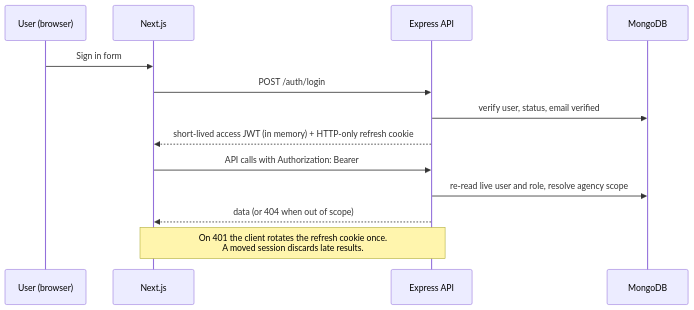
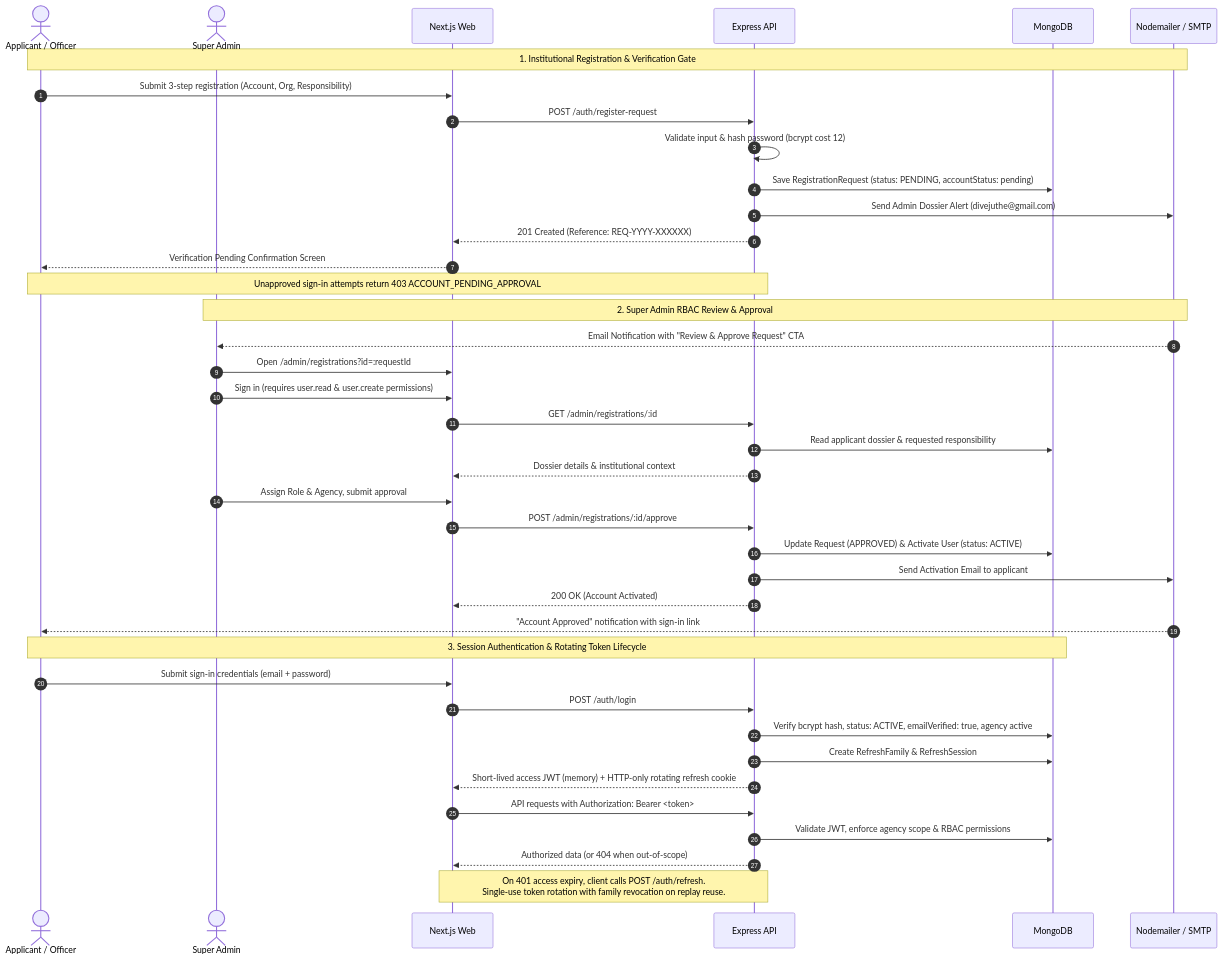
The third of 8 diagrams in README.md (divejikan-yuvarajah/InfraOS), drawn with Mermaid before and after one commit.

Commit message:
docs(readme): update section 4.3 authentication flow diagram with admin approval and rotating session lifecycle

````diff
--- a/README.md
+++ b/README.md
@@ -153,16 +153,45 @@
 ```mermaid
 sequenceDiagram
-    participant U as User (browser)
-    participant W as Next.js
+    autonumber
+    actor U as Applicant / Officer
+    actor SA as Super Admin
+    participant W as Next.js Web
     participant A as Express API
-    participant D as MongoDB
+    participant M as MongoDB
+    participant E as Nodemailer / SMTP
 
-    U->>W: Sign in form
+    Note over U,E: 1. Institutional Registration & Verification Gate
+    U->>W: Submit 3-step registration (Account, Org, Responsibility)
+    W->>A: POST /auth/register-request
+    A->>A: Validate input & hash password (bcrypt cost 12)
+    A->>M: Save RegistrationRequest (status: PENDING, accountStatus: pending)
+    A->>E: Send Admin Dossier Alert (divejuthe@gmail.com)
+    A-->>W: 201 Created (Reference: REQ-YYYY-XXXXXX)
+    W-->>U: Verification Pending Confirmation Screen
+    Note over U,A: Unapproved sign-in attempts return 403 ACCOUNT_PENDING_APPROVAL
+
+    Note over SA,E: 2. Super Admin RBAC Review & Approval
+    E-->>SA: Email Notification with "Review & Approve Request" CTA
+    SA->>W: Open /admin/registrations?id=:requestId
+    SA->>W: Sign in (requires user.read & user.create permissions)
+    W->>A: GET /admin/registrations/:id
+    A->>M: Read applicant dossier & requested responsibility
+    A-->>W: Dossier details & institutional context
+    SA->>W: Assign Role & Agency, submit approval
+    W->>A: POST /admin/registrations/:id/approve
+    A->>M: Update Request (APPROVED) & Activate User (status: ACTIVE)
+    A->>E: Send Activation Email to applicant
+    A-->>W: 200 OK (Account Activated)
+    E-->>U: "Account Approved" notification with sign-in link
+
+    Note over U,M: 3. Session Authentication & Rotating Token Lifecycle
+    U->>W: Submit sign-in credentials (email + password)
     W->>A: POST /auth/login
-    A->>D: verify user, status, email verified
-    A-->>W: short-lived access JWT (in memory) + HTTP-only refresh cookie
-    W->>A: API calls with Authorization: Bearer
-    A->>D: re-read live user and role, resolve agency scope
-    A-->>W: data (or 404 when out of scope)
-    Note over W,A: On 401 the client rotates the refresh cookie once.<br/>A moved session discards late results.
+    A->>M: Verify bcrypt hash, status: ACTIVE, emailVerified: true, agency active
+    A->>M: Create RefreshFamily & RefreshSession
+    A-->>W: Short-lived access JWT (memory) + HTTP-only rotating refresh cookie
+    W->>A: API requests with Authorization: Bearer <token>
+    A->>M: Validate JWT, enforce agency scope & RBAC permissions
+    A-->>W: Authorized data (or 404 when out-of-scope)
+    Note over W,A: On 401 access expiry, client calls POST /auth/refresh.<br/>Single-use token rotation with family revocation on replay reuse.
 ```
````
